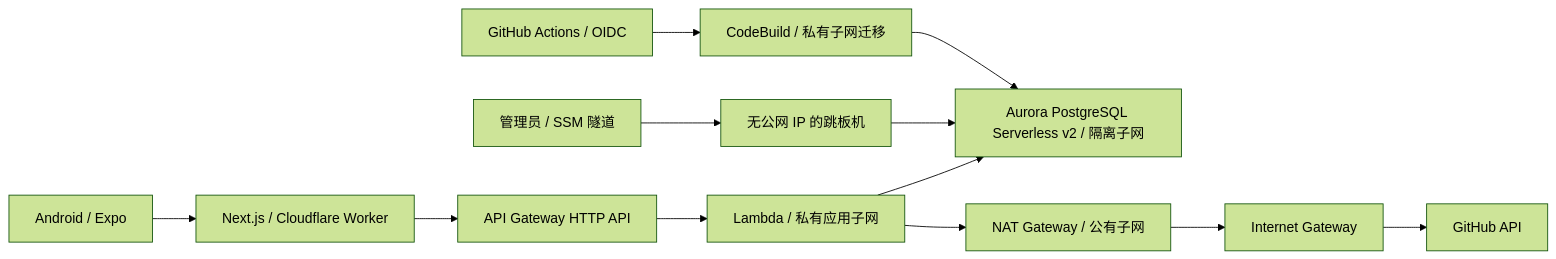
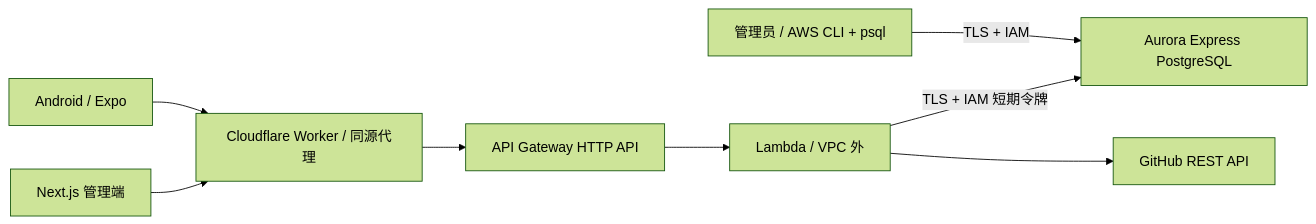
One commit to i-zyk/zyk-dyna-admin changed the diagram in docs/production-deployment.md. Above: the diagram before and after it, drawn with Mermaid (forest theme). The commit also changed other lines of this file and 23 other files, not shown here.

Commit message:
feat: deploy Aurora Express on the AWS free account plan

````diff
--- a/docs/production-deployment.md
+++ b/docs/production-deployment.md
@@ -5,14 +5,10 @@
 ```mermaid
 flowchart LR
-  Web[Next.js / Cloudflare Worker] --> Gateway[API Gateway HTTP API]
-  Android[Android / Expo] --> Web
-  Gateway --> Lambda[Lambda / 私有应用子网]
-  Lambda --> Aurora[Aurora PostgreSQL Serverless v2 / 隔离子网]
-  Lambda --> NAT[NAT Gateway / 公有子网]
-  NAT --> IGW[Internet Gateway]
-  IGW --> GitHub[GitHub API]
-  Admin[管理员 / SSM 隧道] --> Bastion[无公网 IP 的跳板机]
-  Bastion --> Aurora
-  Actions[GitHub Actions / OIDC] --> Migration[CodeBuild / 私有子网迁移]
-  Migration --> Aurora
+  Web[Next.js 管理端] --> CF[Cloudflare Worker / 同源代理]
+  Android[Android / Expo] --> CF
+  CF --> API[API Gateway HTTP API]
+  API --> Lambda[Lambda / VPC 外]
+  Lambda -->|TLS + IAM 短期令牌| DB[Aurora Express PostgreSQL]
+  Lambda --> GitHub[GitHub REST API]
+  Admin[管理员 / AWS CLI + psql] -->|TLS + IAM| DB
 ```
````
